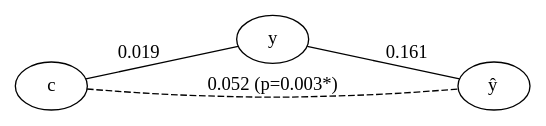
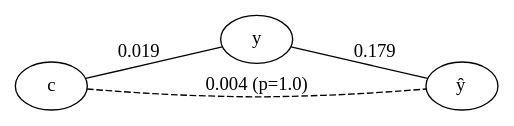
One commit to pni-lab/mlconfound-manuscript changed the diagram in fig/raw/emp_abide_site_reg_partial.dot. Above: the diagram before and after it, drawn with Graphviz. The commit also changed 143 other files, not shown here.

```diff
--- a/fig/raw/emp_abide_site_reg_partial.dot
+++ b/fig/raw/emp_abide_site_reg_partial.dot
@@ -1,9 +1,9 @@
 graph {
 	rankdir=LR
 	c [label=c]
 	y [label=y]
 	yhat [label=<y&#770;>]
-	c -- yhat [label="0.052 (p=0.003*)" style=dashed]
+	c -- yhat [label="0.004 (p=1.0)" style=dashed]
 	c -- y [label=0.019]
-	y -- yhat [label=0.161]
+	y -- yhat [label=0.179]
 }
```
